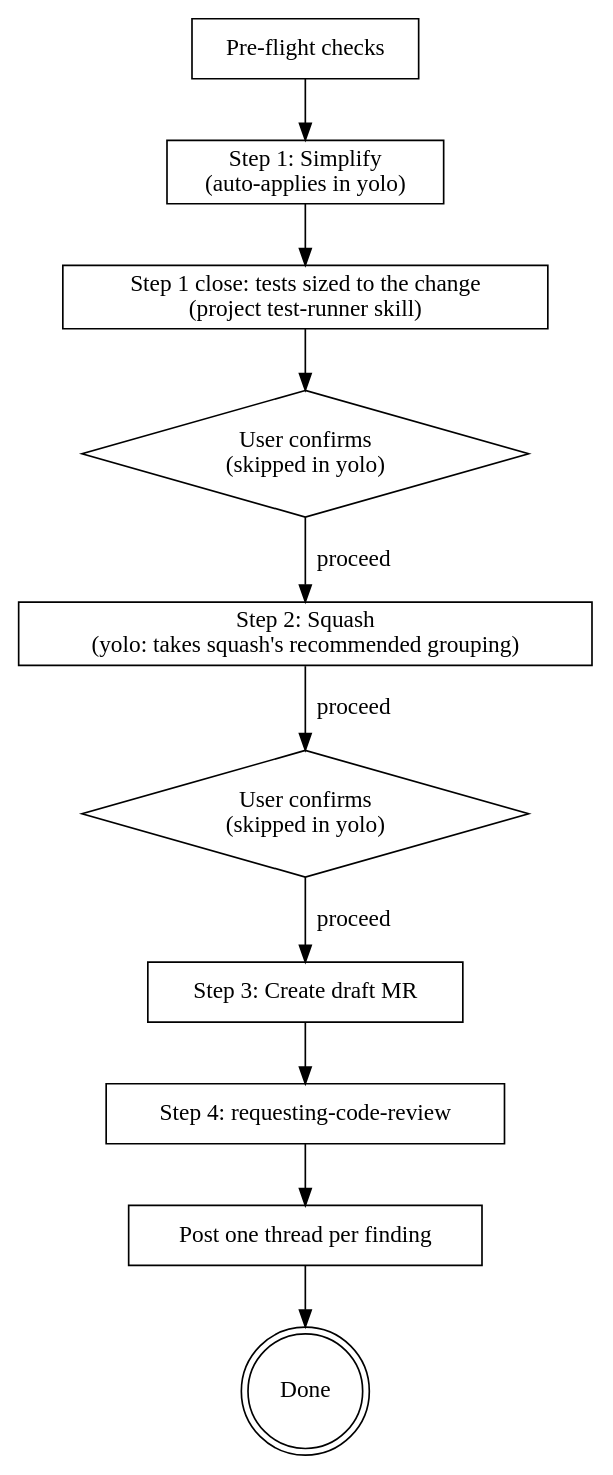
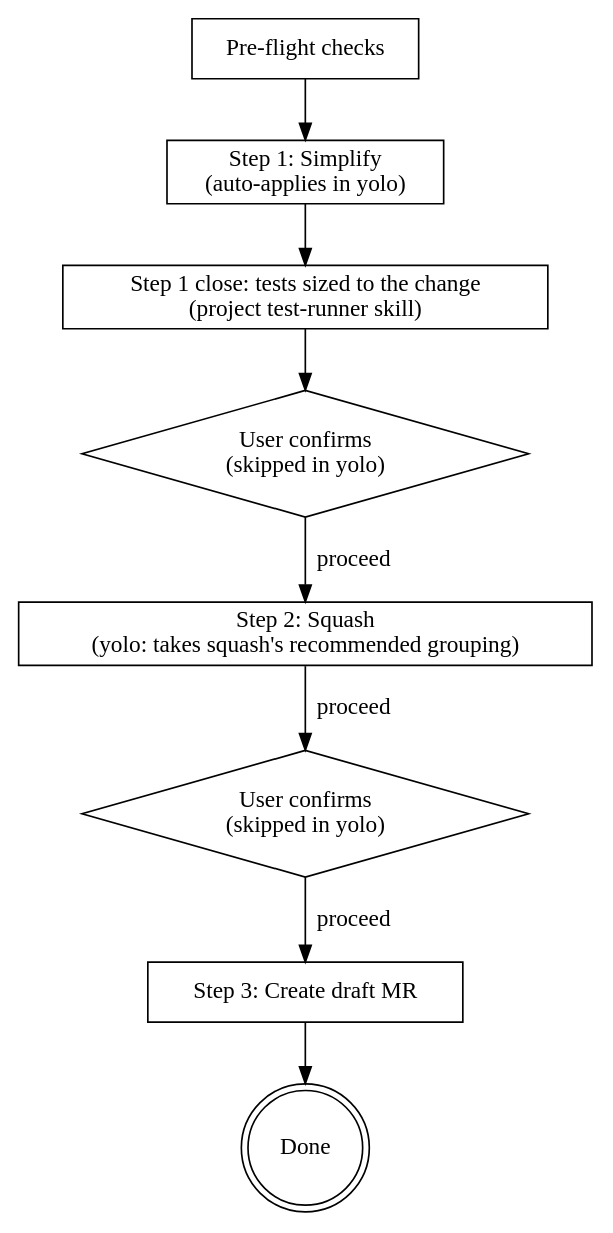
One commit to Minkey27/ai-skills changed the diagram in skills/finalize-branch/SKILL.md. Above: the diagram before and after it, drawn with Graphviz. The commit also changed other lines of this file and 4 other files, not shown here.

````diff
--- a/skills/finalize-branch/SKILL.md
+++ b/skills/finalize-branch/SKILL.md
@@ -67,22 +67,20 @@
 ```dot
 digraph finalize {
     rankdir=TB;
     node [shape=box];
 
     preflight [label="Pre-flight checks"];
     simplify [label="Step 1: Simplify\n(auto-applies in yolo)"];
     suite [label="Step 1 close: tests sized to the change\n(project test-runner skill)"];
     gate1 [label="User confirms\n(skipped in yolo)" shape=diamond];
     squash [label="Step 2: Squash\n(yolo: takes squash's recommended grouping)"];
     gate2 [label="User confirms\n(skipped in yolo)" shape=diamond];
     mr [label="Step 3: Create draft MR"];
-    review [label="Step 4: requesting-code-review"];
-    post [label="Post one thread per finding"];
     done [label="Done" shape=doublecircle];
 
     preflight -> simplify -> suite -> gate1;
     gate1 -> squash [label="proceed"];
     squash -> gate2 -> mr [label="proceed"];
-    mr -> review -> post -> done;
+    mr -> done;
 }
 ```
````
